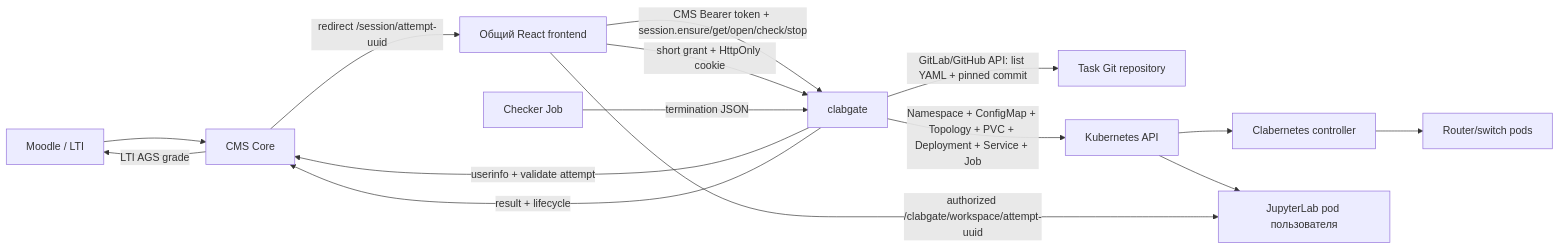
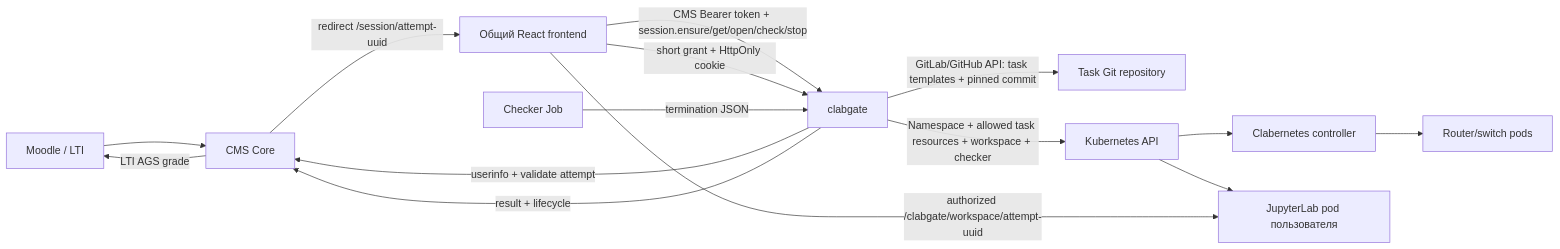
Before and after one commit to cms-lab-core/cms-labs-api: the first of 4 diagrams in clabgate/README.md, drawn with Mermaid. The commit also changed other lines of this file and 13 other files, not shown here.

````diff
--- a/clabgate/README.md
+++ b/clabgate/README.md
@@ -28,17 +28,17 @@
 ```mermaid
 flowchart LR
     Moodle[Moodle / LTI] --> CMS[CMS Core]
     CMS -->|redirect /session/attempt-uuid| Front[Общий React frontend]
     Front -->|CMS Bearer token + session.ensure/get/open/check/stop| Gate[clabgate]
     Gate -->|userinfo + validate attempt| CMS
-    Gate -->|GitLab/GitHub API: list YAML + pinned commit| Git[Task Git repository]
-    Gate -->|Namespace + ConfigMap + Topology + PVC + Deployment + Service + Job| K8s[Kubernetes API]
+    Gate -->|GitLab/GitHub API: task templates + pinned commit| Git[Task Git repository]
+    Gate -->|Namespace + allowed task resources + workspace + checker| K8s[Kubernetes API]
     K8s --> C9s[Clabernetes controller]
     C9s --> Nodes[Router/switch pods]
     K8s --> Jupyter[JupyterLab pod пользователя]
     Front -->|short grant + HttpOnly cookie| Gate
     Front -->|authorized /clabgate/workspace/attempt-uuid| Jupyter
     Checker[Checker Job] -->|termination JSON| Gate
     Gate -->|result + lifecycle| CMS
     CMS -->|LTI AGS grade| Moodle
 ```
````
